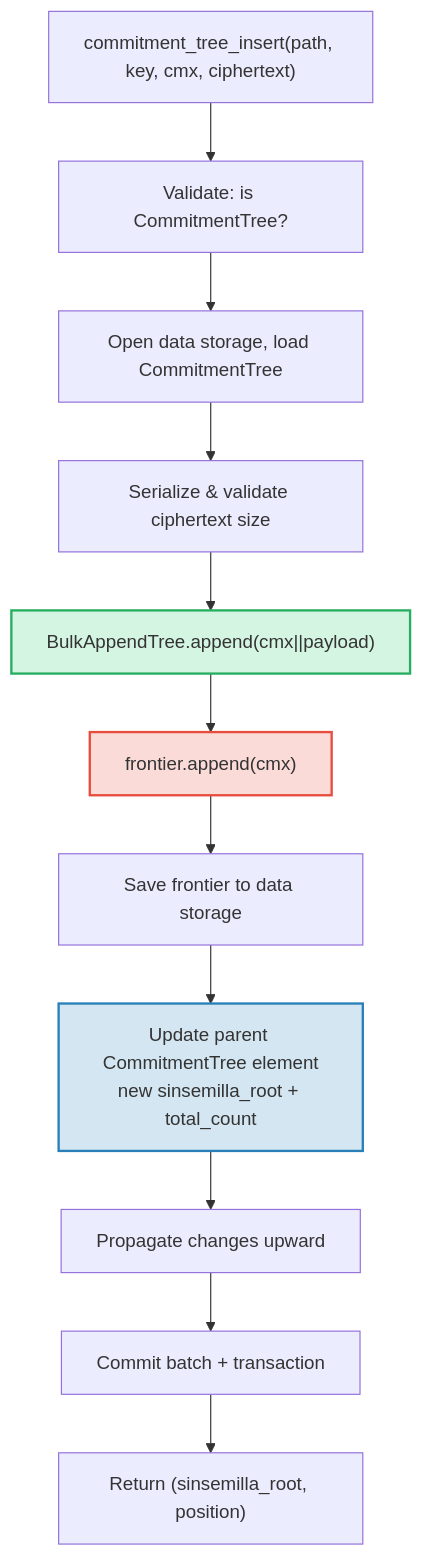
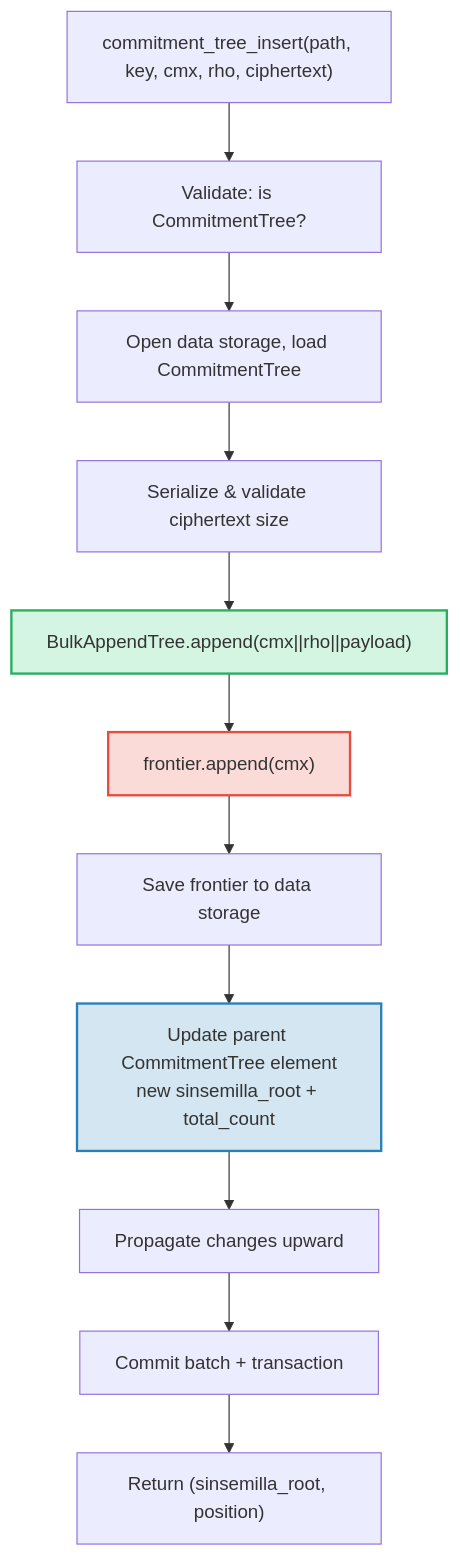
The diagram in docs/book/src/commitment-tree.md (dashpay/grovedb), drawn with Mermaid before and after one commit. The commit also changed other lines of this file and 22 other files, not shown here.

First line of the commit message:
feat: add rho (nullifier) to commitment tree payload (#444)

````diff
--- a/docs/book/src/commitment-tree.md
+++ b/docs/book/src/commitment-tree.md
@@ -367,17 +367,17 @@
 ```mermaid
 graph TD
-    A["commitment_tree_insert(path, key, cmx, ciphertext)"] --> B["Validate: is CommitmentTree?"]
+    A["commitment_tree_insert(path, key, cmx, rho, ciphertext)"] --> B["Validate: is CommitmentTree?"]
     B --> C["Open data storage, load CommitmentTree"]
     C --> D["Serialize & validate ciphertext size"]
-    D --> E["BulkAppendTree.append(cmx||payload)"]
+    D --> E["BulkAppendTree.append(cmx||rho||payload)"]
     E --> F["frontier.append(cmx)"]
     F --> G["Save frontier to data storage"]
     G --> H["Update parent CommitmentTree element<br/>new sinsemilla_root + total_count"]
     H --> I["Propagate changes upward"]
     I --> J["Commit batch + transaction"]
     J --> K["Return (sinsemilla_root, position)"]
 
     style F fill:#fadbd8,stroke:#e74c3c,stroke-width:2px
     style E fill:#d5f5e3,stroke:#27ae60,stroke-width:2px
     style H fill:#d4e6f1,stroke:#2980b9,stroke-width:2px
 ```
````
